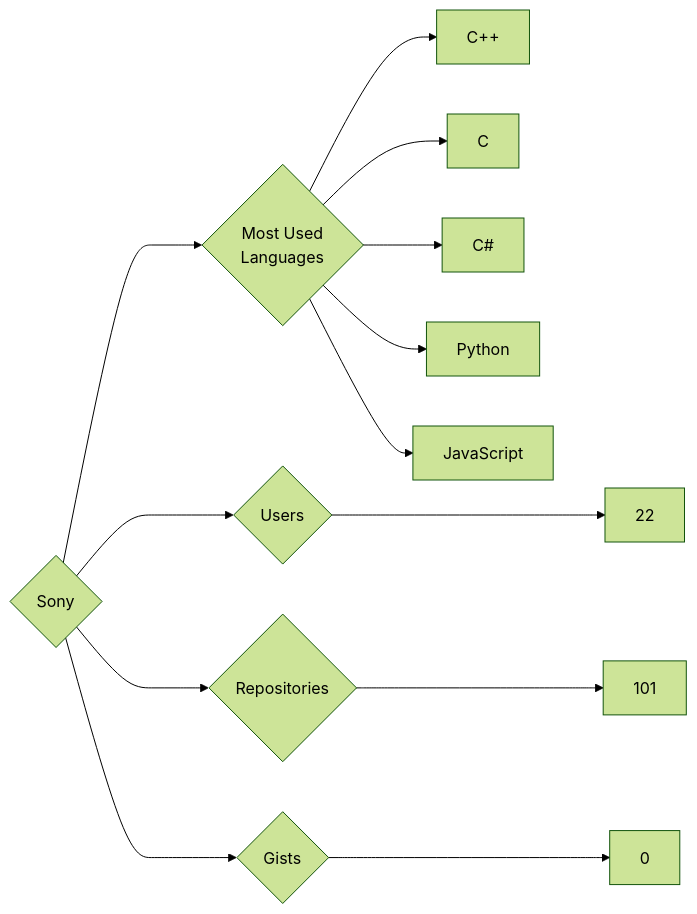
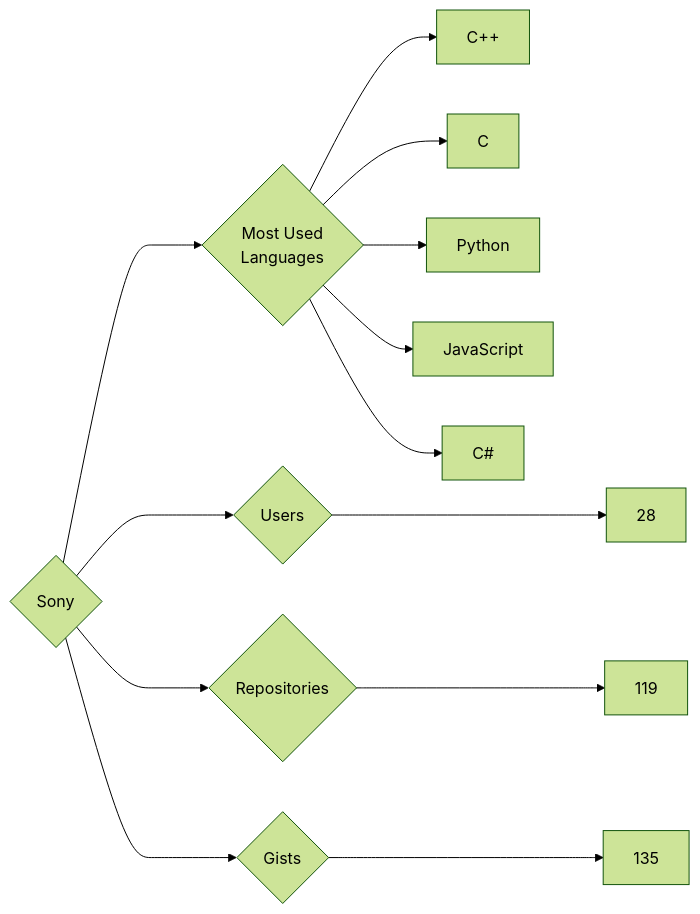
One commit to trickest/insiders changed the diagram in targets/Sony/README.md. Above: the diagram before and after it, drawn with Mermaid (forest theme). The commit also changed 997 other files, not shown here.

````diff
--- a/targets/Sony/README.md
+++ b/targets/Sony/README.md
@@ -3,13 +3,13 @@
 ```mermaid
 graph LR
 COMPANY_NAME{Sony}
-COMPANY_NAME ---> U{Users} ---> UN[22]
-COMPANY_NAME ---> R{Repositories} ---> RN[101]
-COMPANY_NAME ---> G{Gists} ---> GN[0]
+COMPANY_NAME ---> U{Users} ---> UN[28]
+COMPANY_NAME ---> R{Repositories} ---> RN[119]
+COMPANY_NAME ---> G{Gists} ---> GN[135]
 COMPANY_NAME ---> ML{Most Used<br>Languages}
-ML --> C++
-ML --> C
-ML --> C#
-ML --> Python
-ML --> JavaScript
+ML --> C++[C++]
+ML --> C[C]
+ML --> Python[Python]
+ML --> JavaScript[JavaScript]
+ML --> C#[C#]
 ```
````
